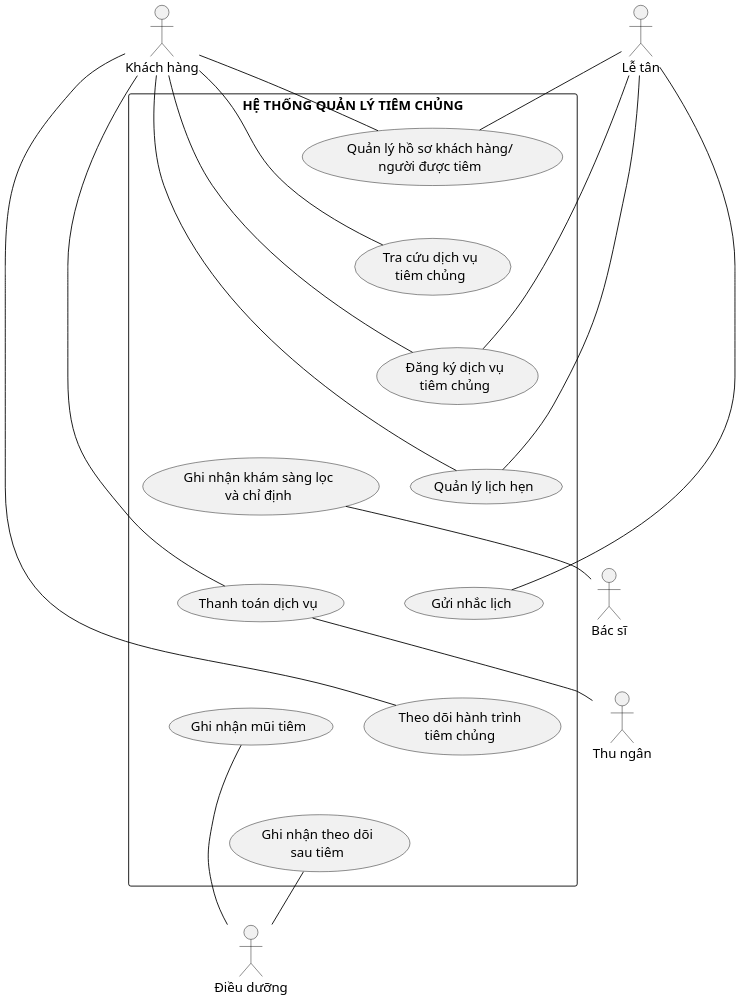
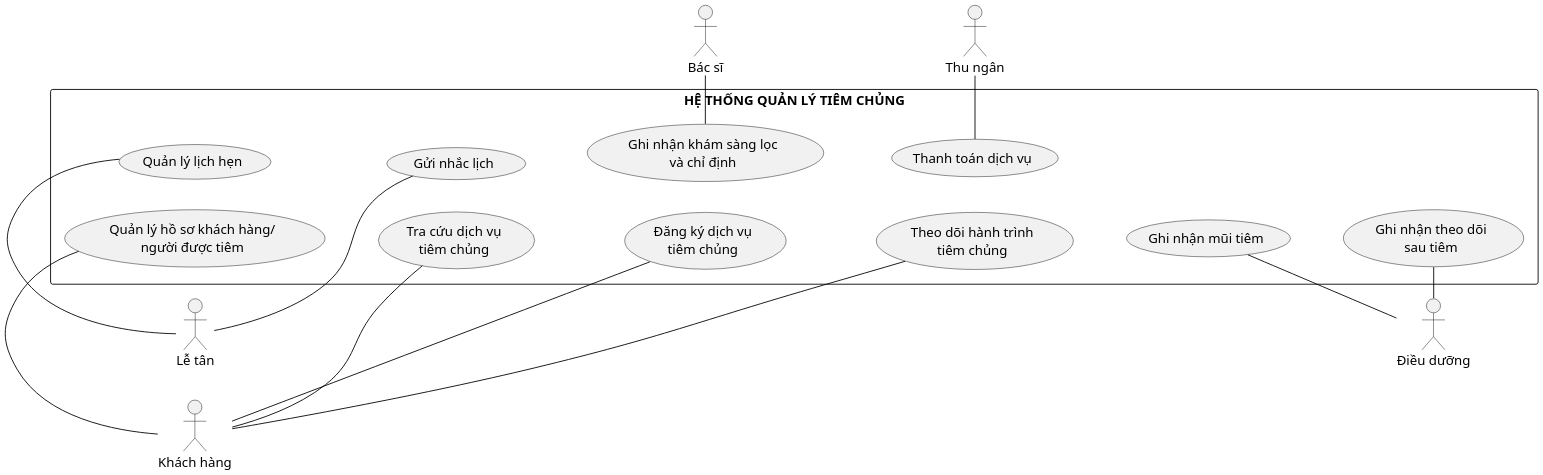
Before and after one commit to datngo1203/KLCN-QuanLyTiemChung: the diagram in docs/thesis/uml/Hinh_2_9_System_Use_Case_Tong_Quan.puml, drawn with PlantUML.

Commit message:
docs(thesis): simplify Hinh 2.9 actor associations

```diff
--- a/docs/thesis/uml/Hinh_2_9_System_Use_Case_Tong_Quan.puml
+++ b/docs/thesis/uml/Hinh_2_9_System_Use_Case_Tong_Quan.puml
@@ -1,71 +1,69 @@
 @startuml
 ' THESIS-R1 — Hình 2.9 System Use Case summary
 ' Semantic source: SCOPE.md System Use Case semantic lock v3 + presentation lock v1
+' Summary shows primary/representative actor associations only; detail views carry full coverage.
 skinparam monochrome true
 skinparam shadowing false
 skinparam backgroundColor white
 skinparam defaultFontName "Times New Roman"
 skinparam defaultFontSize 15
 skinparam ArrowColor black
 skinparam ActorBorderColor black
 skinparam UsecaseBorderColor black
 skinparam RectangleBorderColor black
 skinparam dpi 180
 
-top to bottom direction
+left to right direction
 
 actor "Khách hàng" as Customer
 actor "Lễ tân" as Reception
+
 rectangle "HỆ THỐNG QUẢN LÝ TIÊM CHỦNG" as SystemBoundary {
   usecase "Quản lý hồ sơ khách hàng/\nngười được tiêm" as UC09
   usecase "Tra cứu dịch vụ\ntiêm chủng" as UC10
   usecase "Đăng ký dịch vụ\ntiêm chủng" as UC11
+  usecase "Theo dõi hành trình\ntiêm chủng" as UC19
+
   usecase "Quản lý lịch hẹn" as UC12
   usecase "Gửi nhắc lịch" as UC13
-  usecase "Theo dõi hành trình\ntiêm chủng" as UC19
-
   usecase "Ghi nhận khám sàng lọc\nvà chỉ định" as UC15
   usecase "Thanh toán dịch vụ" as UC16
   usecase "Ghi nhận mũi tiêm" as UC17
   usecase "Ghi nhận theo dõi\nsau tiêm" as UC18
 
-  ' Layout helpers only — no semantic relationship.
+  ' Two semantic-free layout columns.
   UC09 -[hidden]down- UC10
   UC10 -[hidden]down- UC11
-  UC11 -[hidden]down- UC12
+  UC11 -[hidden]down- UC19
+
   UC12 -[hidden]down- UC13
-  UC13 -[hidden]down- UC19
-
+  UC13 -[hidden]down- UC15
   UC15 -[hidden]down- UC16
   UC16 -[hidden]down- UC17
   UC17 -[hidden]down- UC18
 
-  UC12 -[hidden]right- UC15
-  UC13 -[hidden]right- UC16
-  UC19 -[hidden]right- UC17
+  UC09 -[hidden]right- UC12
+  UC10 -[hidden]right- UC13
+  UC11 -[hidden]right- UC15
+  UC19 -[hidden]right- UC16
 }
 
 actor "Bác sĩ" as Doctor
 actor "Thu ngân" as Cashier
 actor "Điều dưỡng" as Nurse
 
-' Actor–Use Case associations: solid lines, no arrowheads.
-Customer -- UC09
-Customer -- UC10
-Customer -- UC11
-Customer -- UC12
-Customer -- UC16
-Customer -- UC19
+' Summary: primary/representative actor associations only.
+Customer -right- UC09
+Customer -right- UC10
+Customer -right- UC11
+Customer -right- UC19
 
-Reception -- UC09
-Reception -- UC11
-Reception -- UC12
+Reception -right- UC12
+Reception -right- UC13
 
-Reception -- UC13
-
-UC15 -- Doctor
-UC16 -- Cashier
-UC17 -- Nurse
-UC18 -- Nurse
+UC15 -right- Doctor
+UC16 -right- Cashier
+UC17 -right- Nurse
+UC18 -right- Nurse
 
 @enduml
```
